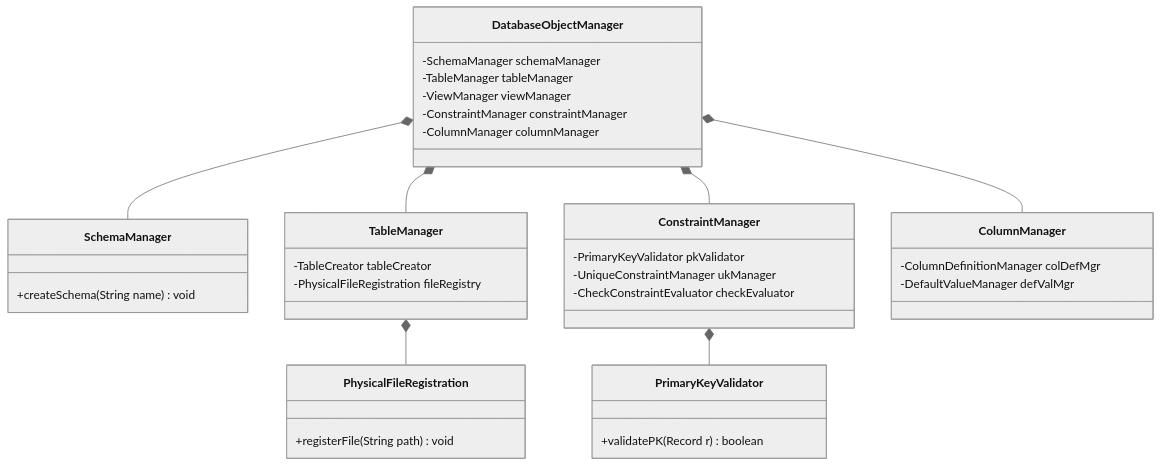
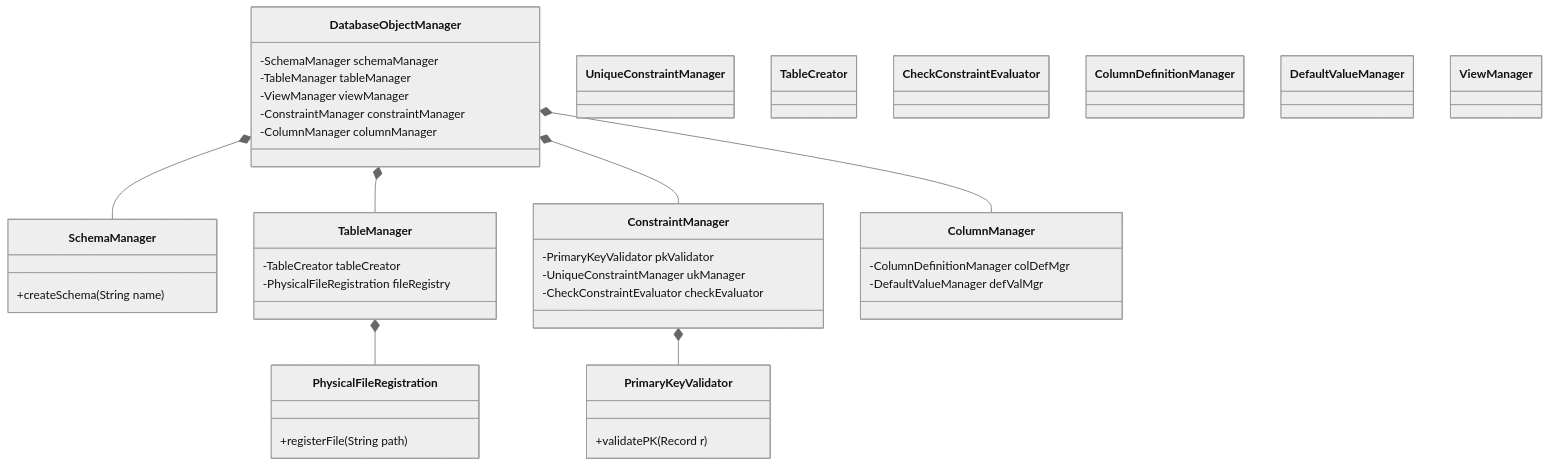
One commit to TamBui1706/DBMS changed the sixth of 9 diagrams in README.md. Above: the diagram before and after it, drawn with Mermaid (neutral theme). The commit also changed other lines of this file, not shown here.

Commit message:
Fix GitHub Mermaid strict parser issues: explicitly define all referenced classes in classDiagrams, simplify types

````diff
--- a/README.md
+++ b/README.md
@@ -620,39 +654,45 @@
 ```mermaid
 classDiagram
     class DatabaseObjectManager {
         -SchemaManager schemaManager
         -TableManager tableManager
         -ViewManager viewManager
         -ConstraintManager constraintManager
         -ColumnManager columnManager
     }
     class SchemaManager {
-        +createSchema(String name) void
+        +createSchema(String name)
     }
     class TableManager {
         -TableCreator tableCreator
         -PhysicalFileRegistration fileRegistry
     }
     class PhysicalFileRegistration {
-        +registerFile(String path) void
+        +registerFile(String path)
     }
     class ConstraintManager {
         -PrimaryKeyValidator pkValidator
         -UniqueConstraintManager ukManager
         -CheckConstraintEvaluator checkEvaluator
     }
     class PrimaryKeyValidator {
-        +validatePK(Record r) boolean
+        +validatePK(Record r)
     }
     class ColumnManager {
         -ColumnDefinitionManager colDefMgr
         -DefaultValueManager defValMgr
     }
 
     DatabaseObjectManager *-- SchemaManager
     DatabaseObjectManager *-- TableManager
     DatabaseObjectManager *-- ConstraintManager
     DatabaseObjectManager *-- ColumnManager
     ConstraintManager *-- PrimaryKeyValidator
     TableManager *-- PhysicalFileRegistration
+    class UniqueConstraintManager
+    class TableCreator
+    class CheckConstraintEvaluator
+    class ColumnDefinitionManager
+    class DefaultValueManager
+    class ViewManager
 ```
````
